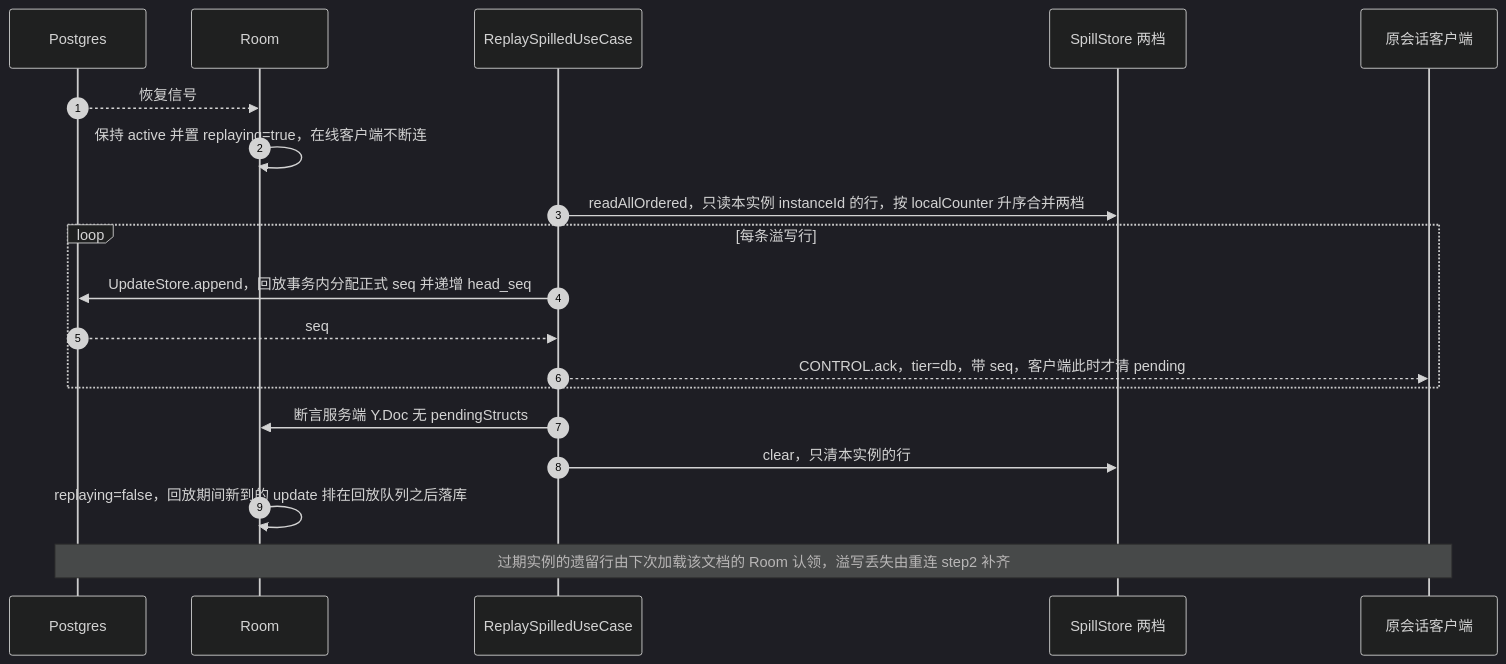
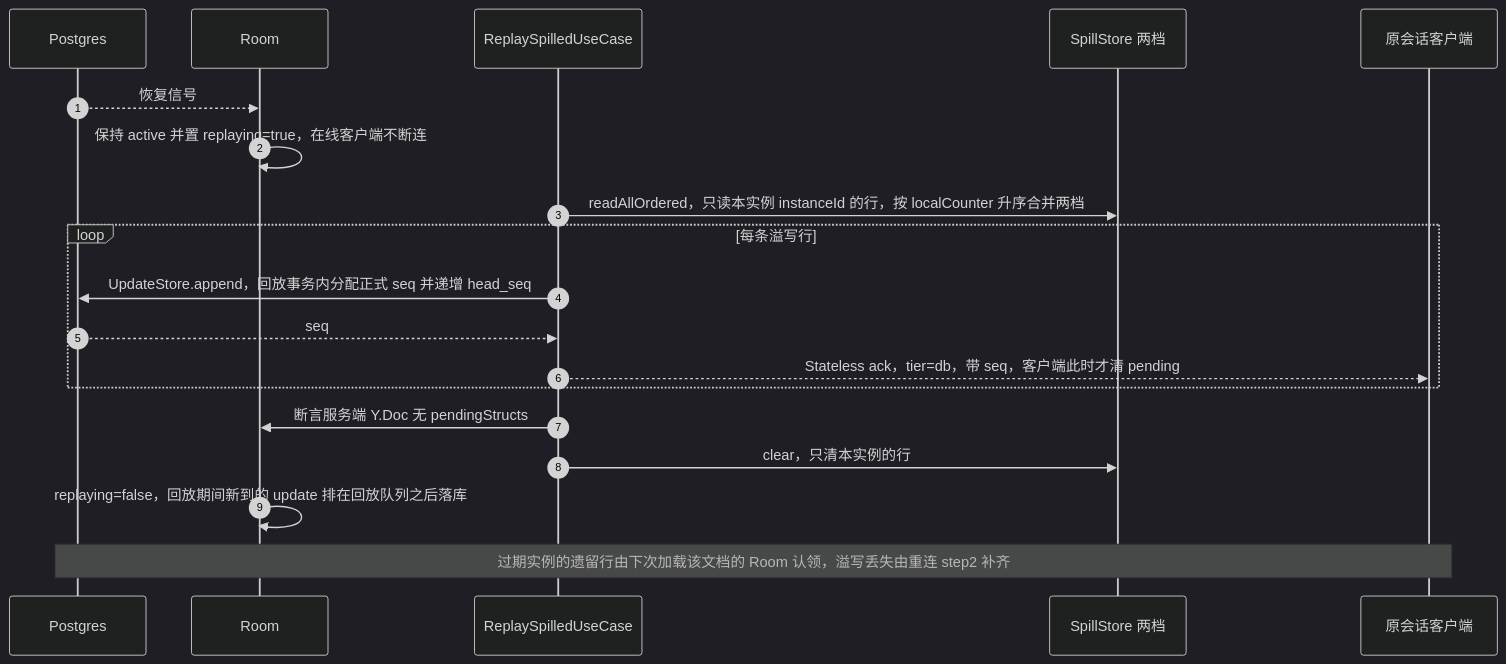
Before and after one commit to Xeonice/cordis-ppt-editor: diagram 27 of 46 in docs/40-modules/19-atlas-backend-and-data.md, drawn with Mermaid (dark theme). The commit also changed other lines of this file and 78 other files, not shown here.

````diff
--- a/docs/40-modules/19-atlas-backend-and-data.md
+++ b/docs/40-modules/19-atlas-backend-and-data.md
@@ -1095,21 +1094,21 @@
 ```mermaid
 sequenceDiagram
   autonumber
   participant pg as Postgres
   participant room as Room
   participant rp as ReplaySpilledUseCase
   participant sp as SpillStore 两档
   participant a as 原会话客户端
   pg-->>room: 恢复信号
   room->>room: 保持 active 并置 replaying=true，在线客户端不断连
   rp->>sp: readAllOrdered，只读本实例 instanceId 的行，按 localCounter 升序合并两档
   loop 每条溢写行
     rp->>pg: UpdateStore.append，回放事务内分配正式 seq 并递增 head_seq
     pg-->>rp: seq
-    rp-->>a: CONTROL.ack，tier=db，带 seq，客户端此时才清 pending
+    rp-->>a: Stateless ack，tier=db，带 seq，客户端此时才清 pending
   end
   rp->>room: 断言服务端 Y.Doc 无 pendingStructs
   rp->>sp: clear，只清本实例的行
   room->>room: replaying=false，回放期间新到的 update 排在回放队列之后落库
   Note over pg,a: 过期实例的遗留行由下次加载该文档的 Room 认领，溢写丢失由重连 step2 补齐
 ```
````
